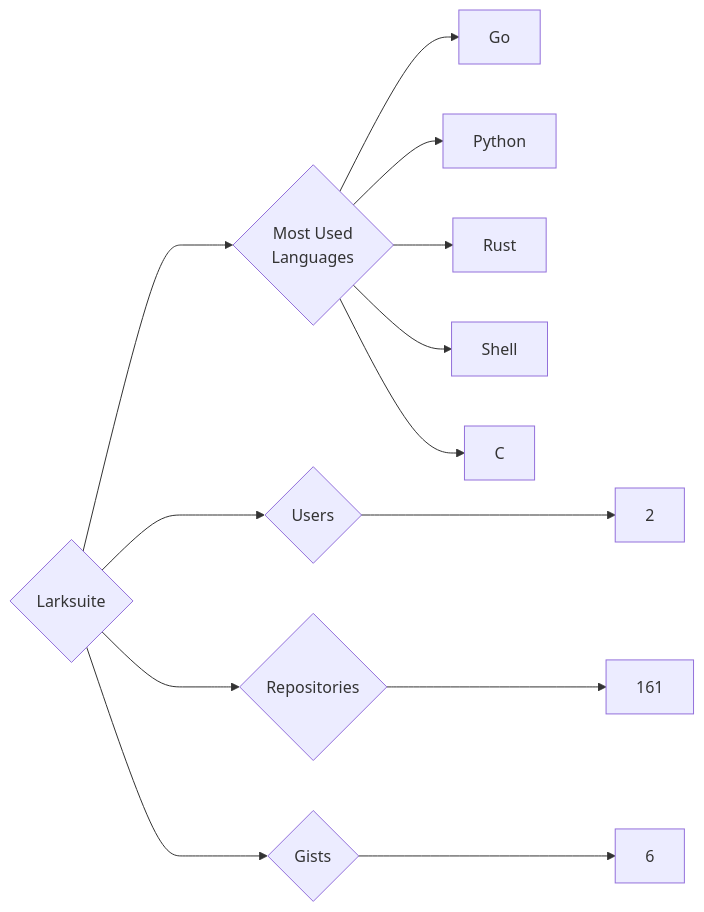
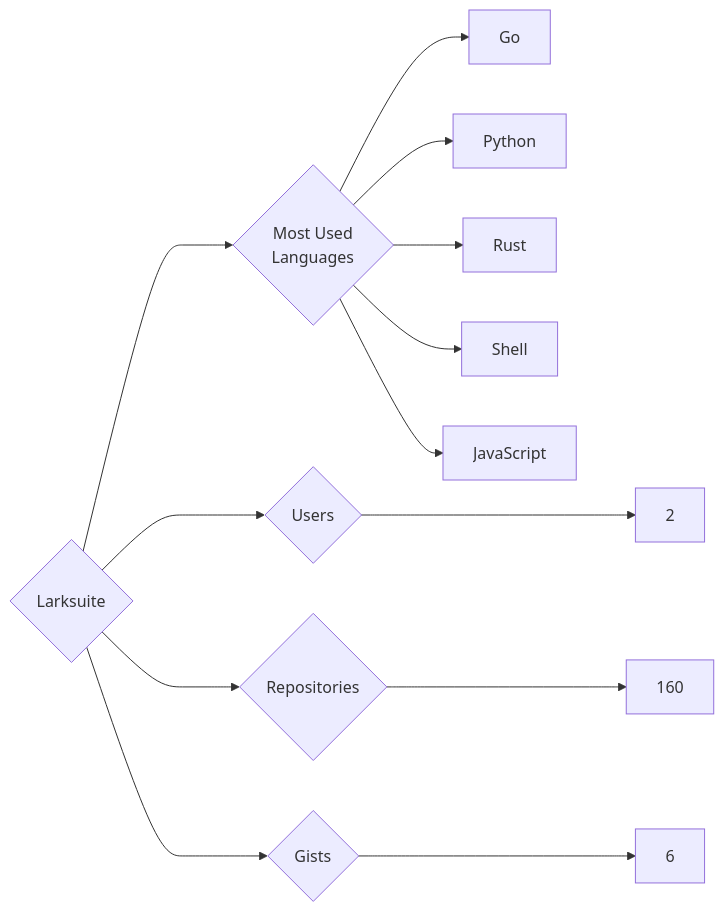
One commit to trickest/insiders changed the diagram in targets/Larksuite/README.md. Above: the diagram before and after it, drawn with Mermaid. The commit also changed 870 other files, not shown here.

````diff
--- a/targets/Larksuite/README.md
+++ b/targets/Larksuite/README.md
@@ -3,13 +3,13 @@
 ```mermaid
 graph LR
 COMPANY_NAME{Larksuite}
 COMPANY_NAME ---> U{Users} ---> UN[2]
-COMPANY_NAME ---> R{Repositories} ---> RN[161]
+COMPANY_NAME ---> R{Repositories} ---> RN[160]
 COMPANY_NAME ---> G{Gists} ---> GN[6]
 COMPANY_NAME ---> ML{Most Used<br>Languages}
 ML --> Go[Go]
 ML --> Python[Python]
 ML --> Rust[Rust]
 ML --> Shell[Shell]
-ML --> C[C]
+ML --> JavaScript[JavaScript]
 ```
````
